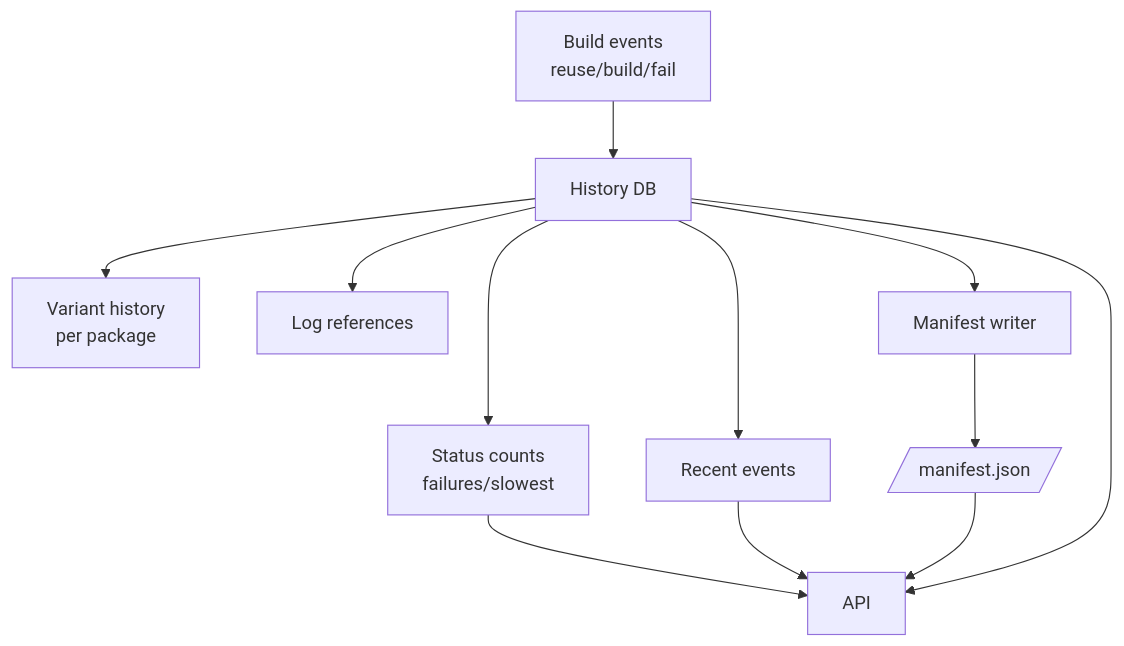
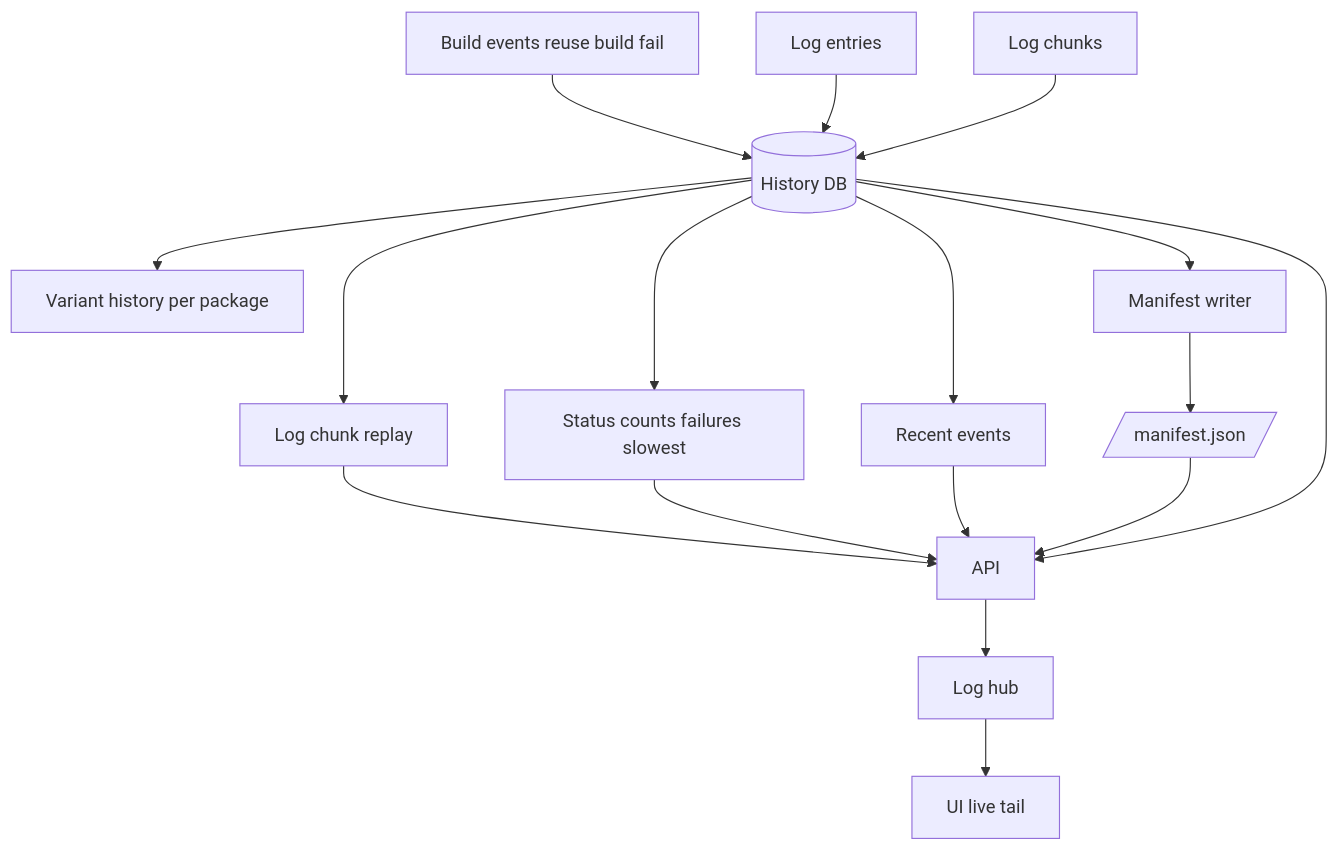
The diagram in docs/diagrams/component-history-manifest.mmd (k8ika0s/s390x-wheel-refinery), drawn with Mermaid before and after one commit. The commit also changed 3 other files, not shown here.

Commit message:
Docs: refresh core diagrams

```diff
--- a/docs/diagrams/component-history-manifest.mmd
+++ b/docs/diagrams/component-history-manifest.mmd
@@ -1,12 +1,17 @@
 flowchart TD
-    EVT[Build events\nreuse/build/fail] --> DB[History DB]
-    DB --> SUMMARY[Status counts\nfailures/slowest]
-    DB --> VARIANTS[Variant history\nper package]
-    DB --> LOGREFS[Log references]
+    EVT[Build events reuse build fail] --> DB[(History DB)]
+    LOGS[Log entries] --> DB
+    CHUNKS[Log chunks] --> DB
+    DB --> SUMMARY[Status counts failures slowest]
+    DB --> VARIANTS[Variant history per package]
     DB --> RECENT[Recent events]
     DB --> MANIFEST[Manifest writer]
     MANIFEST --> FILE[/manifest.json/]
+    DB --> LOGREPLAY[Log chunk replay]
+    LOGREPLAY --> API
     SUMMARY --> API
     RECENT --> API
     FILE --> API
     DB --> API
+    API --> HUB[Log hub]
+    HUB --> UI[UI live tail]
```
